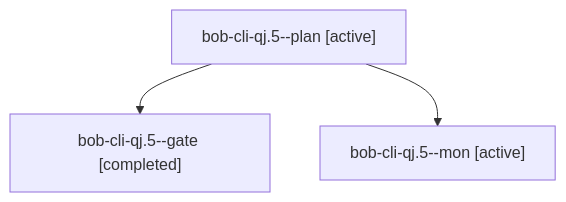
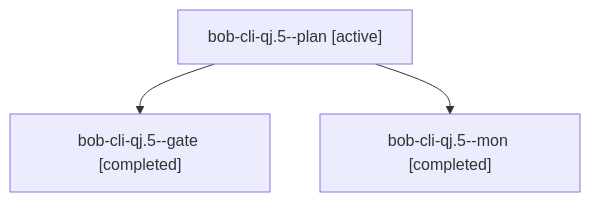
One commit to bobs-org/bob-cli--agents changed the diagram in sessions/bbugyi200.apollo.bob-cli-qj.5.md. Above: the diagram before and after it, drawn with Mermaid. The commit also changed other lines of this file and 130 other files, not shown here.

````diff
--- a/sessions/bbugyi200.apollo.bob-cli-qj.5.md
+++ b/sessions/bbugyi200.apollo.bob-cli-qj.5.md
@@ -9,8 +9,8 @@
 ```mermaid
 flowchart TD
   n0["bob-cli-qj.5--plan [active]"]
   n1["bob-cli-qj.5--gate [completed]"]
   n0 --> n1
-  n2["bob-cli-qj.5--mon [active]"]
+  n2["bob-cli-qj.5--mon [completed]"]
   n0 --> n2
 ```
````
